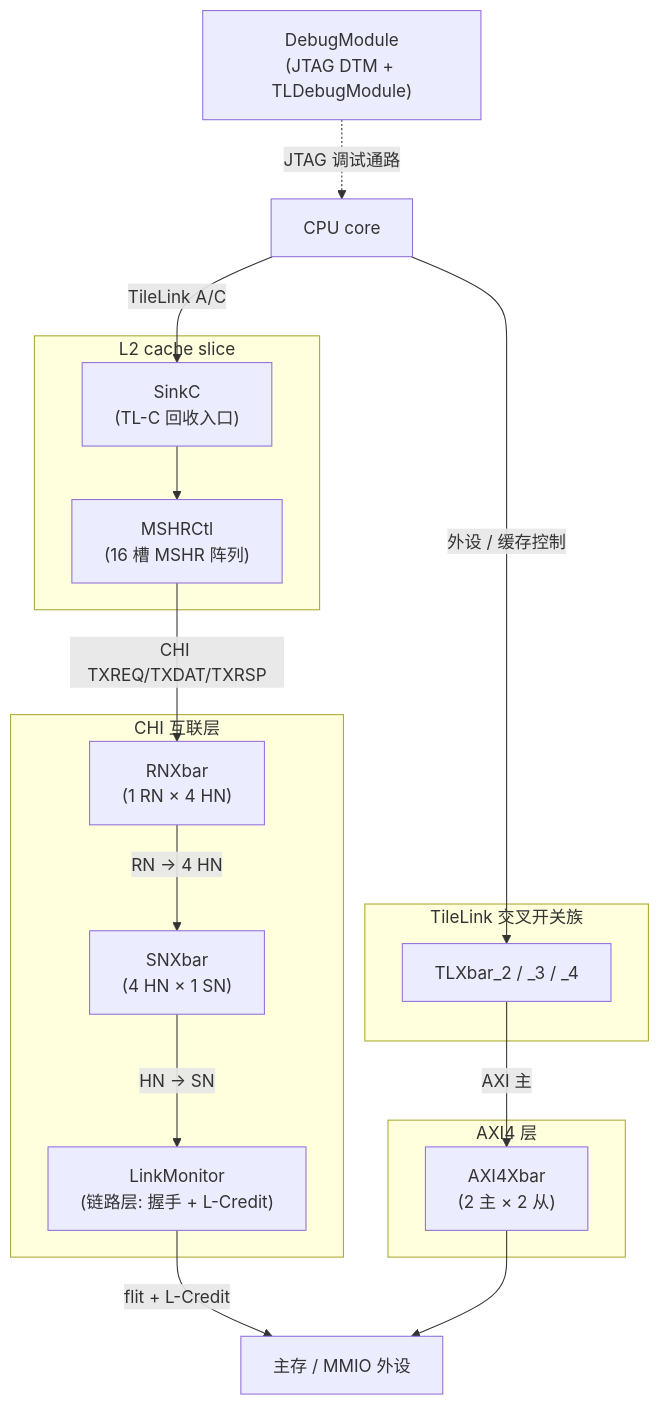
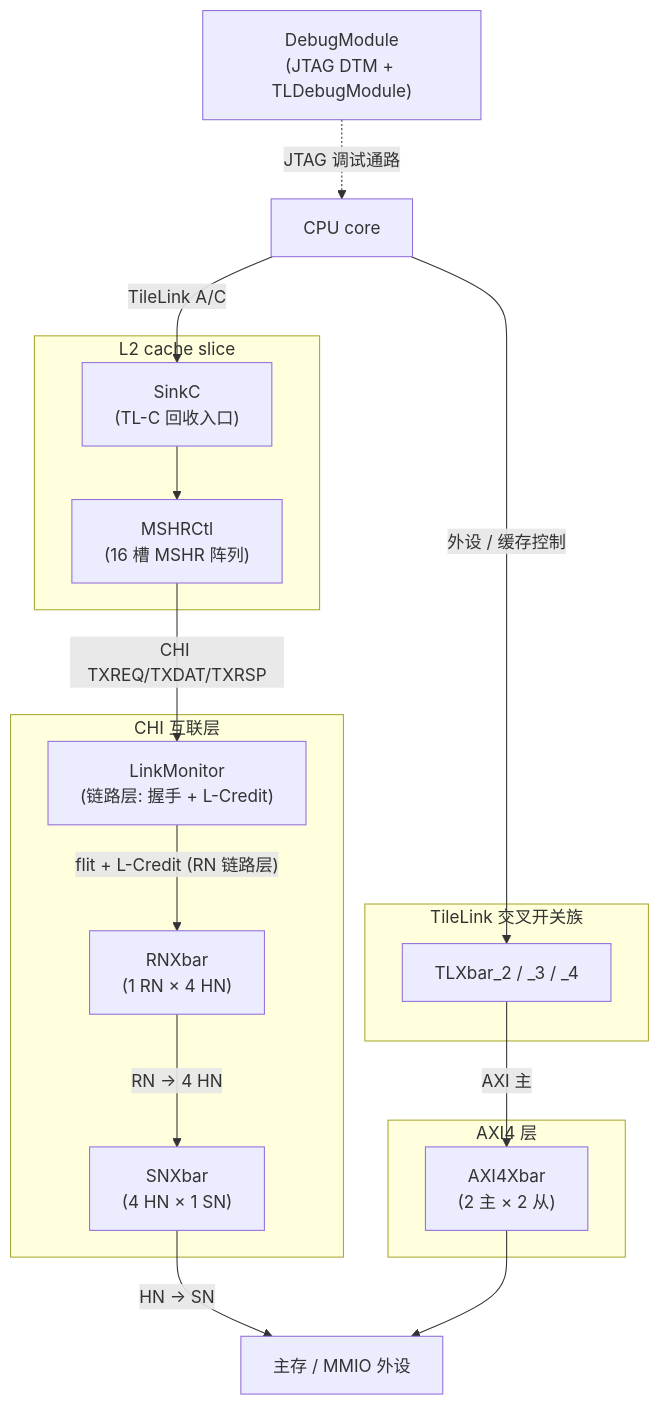
Before and after one commit to shengnanli/xs-v2r2-sv: the diagram in docs/uncore/arch/0-UNCORE_OVERVIEW.md, drawn with Mermaid. The commit also changed other lines of this file and 7 other files, not shown here.

````diff
--- a/docs/uncore/arch/0-UNCORE_OVERVIEW.md
+++ b/docs/uncore/arch/0-UNCORE_OVERVIEW.md
@@ -24,32 +24,32 @@
 ```mermaid
 flowchart TB
   CORE["CPU core"]
   subgraph L2["L2 cache slice"]
     SINKC["SinkC<br/>(TL-C 回收入口)"]
     MSHRCTL["MSHRCtl<br/>(16 槽 MSHR 阵列)"]
   end
   subgraph XBAR_TL["TileLink 交叉开关族"]
     TLX["TLXbar_2 / _3 / _4"]
   end
   subgraph CHI["CHI 互联层"]
     RNX["RNXbar<br/>(1 RN × 4 HN)"]
     SNX["SNXbar<br/>(4 HN × 1 SN)"]
     LM["LinkMonitor<br/>(链路层: 握手 + L-Credit)"]
   end
   subgraph AXI["AXI4 层"]
     AX["AXI4Xbar<br/>(2 主 × 2 从)"]
   end
   MEM["主存 / MMIO 外设"]
   DBG["DebugModule<br/>(JTAG DTM + TLDebugModule)"]
 
   CORE -->|"TileLink A/C"| SINKC
   SINKC --> MSHRCTL
-  MSHRCTL -->|"CHI TXREQ/TXDAT/TXRSP"| RNX
+  MSHRCTL -->|"CHI TXREQ/TXDAT/TXRSP"| LM
+  LM -->|"flit + L-Credit (RN 链路层)"| RNX
   RNX -->|"RN → 4 HN"| SNX
-  SNX -->|"HN → SN"| LM
-  LM -->|"flit + L-Credit"| MEM
+  SNX -->|"HN → SN"| MEM
   CORE -->|"外设 / 缓存控制"| TLX
   TLX -->|"AXI 主"| AX
   AX --> MEM
   DBG -.->|"JTAG 调试通路"| CORE
 ```
````
